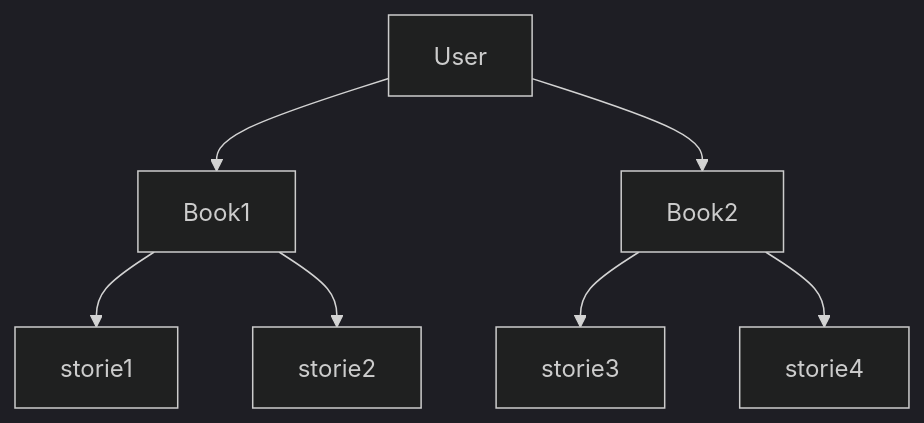
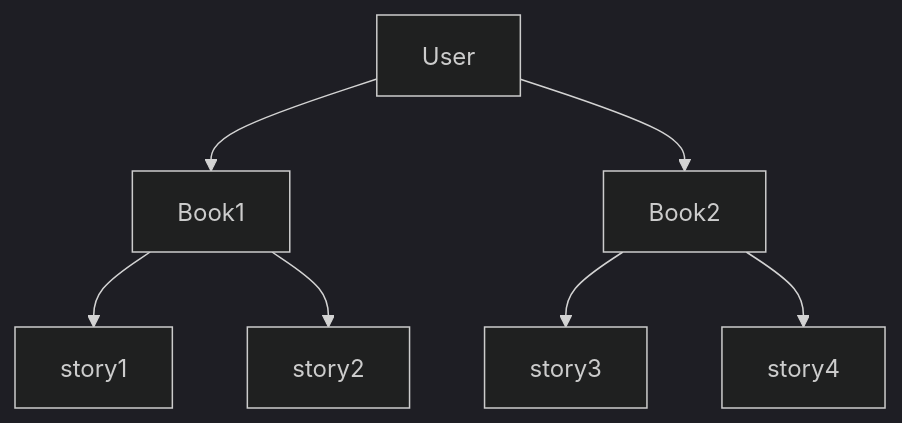
One commit to mbaqes/dbit changed the diagram in README.md. Above: the diagram before and after it, drawn with Mermaid (dark theme). The commit also changed other lines of this file, not shown here.

````diff
--- a/README.md
+++ b/README.md
@@ -11,9 +11,9 @@
  ```mermaid
 graph TD;
     User-->Book1;
     User-->Book2;
-    Book1-->storie1;
-    Book1-->storie2;
-    Book2-->storie3;
-    Book2-->storie4;
+    Book1-->story1;
+    Book1-->story2;
+    Book2-->story3;
+    Book2-->story4;
 ```
````
